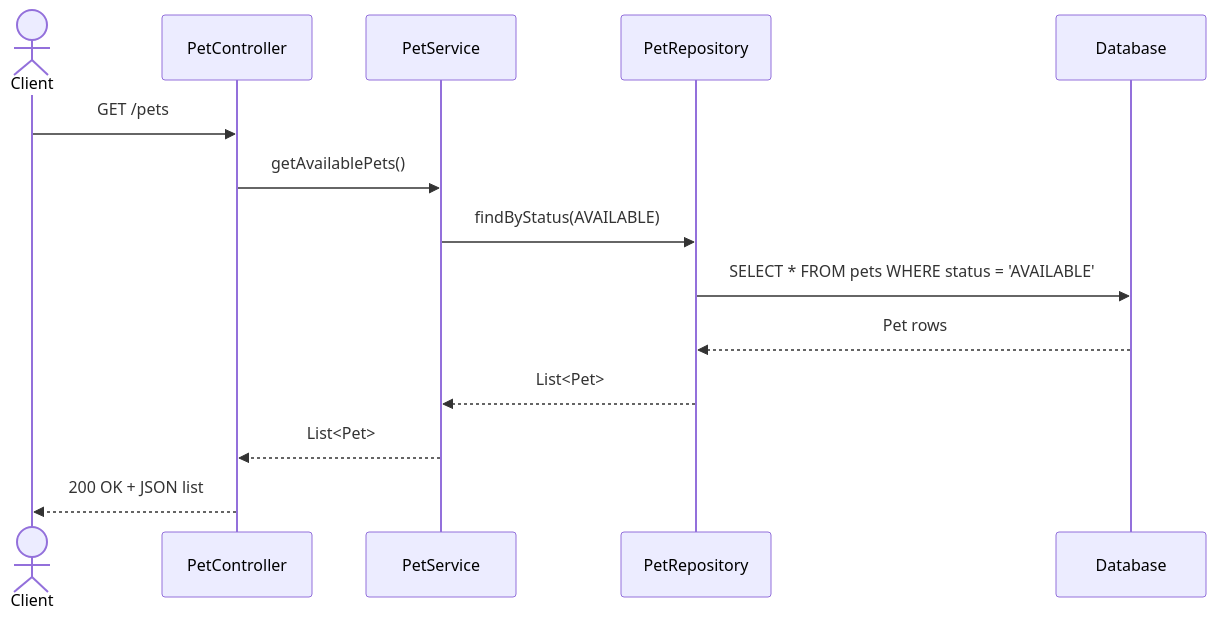
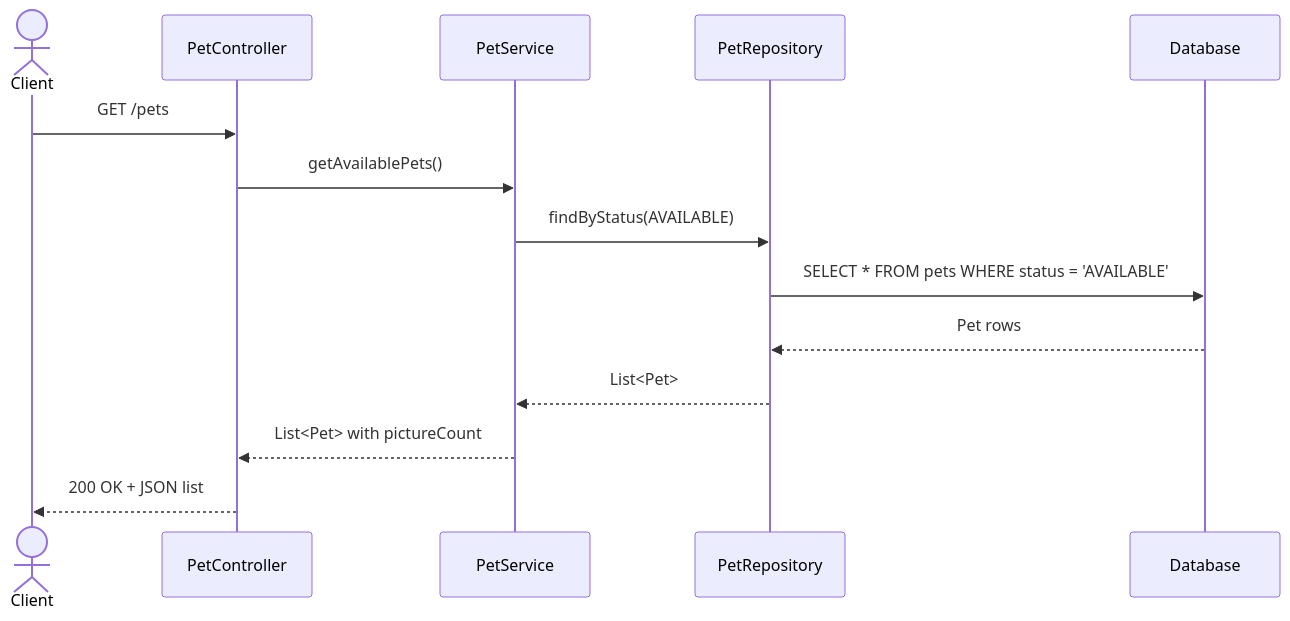
Before and after one commit to daniel9917/adopcion-service: the third of 10 diagrams in docs/architecture/sequence-models.md, drawn with Mermaid. The commit also changed other lines of this file and 15 other files, not shown here.

Commit message:
Add multi-picture pet storage, DB migration, OpenAPI spec, and docs

````diff
--- a/docs/architecture/sequence-models.md
+++ b/docs/architecture/sequence-models.md
@@ -9,17 +67,17 @@
 ```mermaid
 sequenceDiagram
     actor Client
     participant Controller as PetController
     participant Service as PetService
     participant Repo as PetRepository
     participant DB as Database
 
     Client->>Controller: GET /pets
     Controller->>Service: getAvailablePets()
     Service->>Repo: findByStatus(AVAILABLE)
     Repo->>DB: SELECT * FROM pets WHERE status = 'AVAILABLE'
     DB-->>Repo: Pet rows
     Repo-->>Service: List<Pet>
-    Service-->>Controller: List<Pet>
+    Service-->>Controller: List<Pet> with pictureCount
     Controller-->>Client: 200 OK + JSON list
 ```
````
